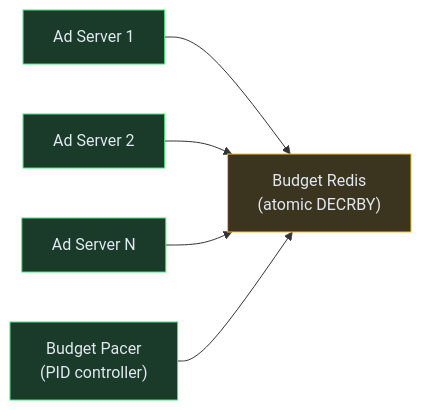
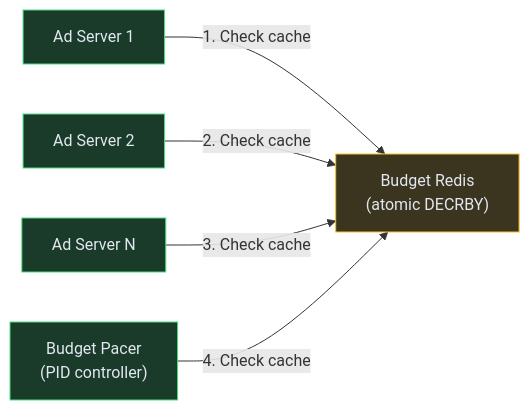
One commit to iluzn/HLD-Designs changed the fourth of 6 diagrams in content/hld/AdSystem.md. Above: the diagram before and after it, drawn with Mermaid. The commit also changed other lines of this file and 27 other files, not shown here.

````diff
--- a/content/hld/AdSystem.md
+++ b/content/hld/AdSystem.md
@@ -234,16 +234,16 @@
 ```mermaid
 flowchart LR
     ADSERV1["Ad Server 1"]:::service
     ADSERV2["Ad Server 2"]:::service
     ADSERV3["Ad Server N"]:::service
     REDIS["Budget Redis<br/>(atomic DECRBY)"]:::data
     PACER["Budget Pacer<br/>(PID controller)"]:::service
 
-    ADSERV1 --> REDIS
-    ADSERV2 --> REDIS
-    ADSERV3 --> REDIS
-    PACER --> REDIS
+    ADSERV1 -->|"1. Check cache"| REDIS
+    ADSERV2 -->|"2. Check cache"| REDIS
+    ADSERV3 -->|"3. Check cache"| REDIS
+    PACER -->|"4. Check cache"| REDIS
 
     classDef service fill:#1a3a2a,stroke:#4ade80,color:#e2e8f0
     classDef data fill:#3b3520,stroke:#fbbf24,color:#e2e8f0
 ```
````
